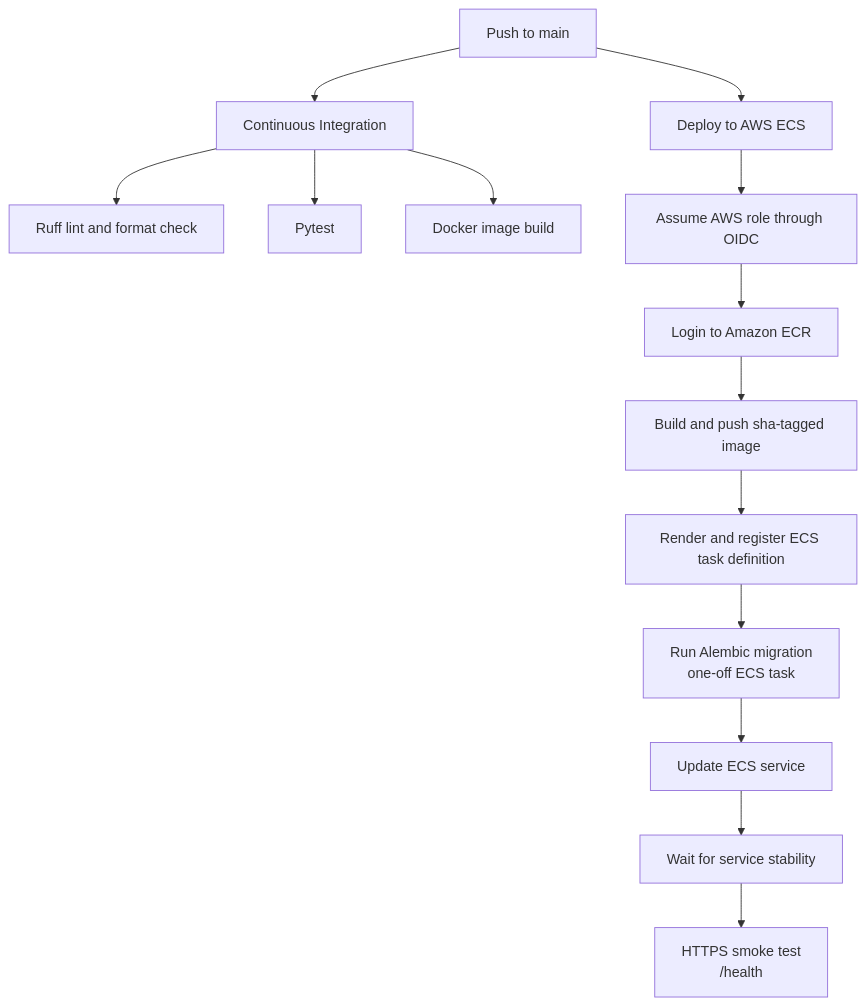
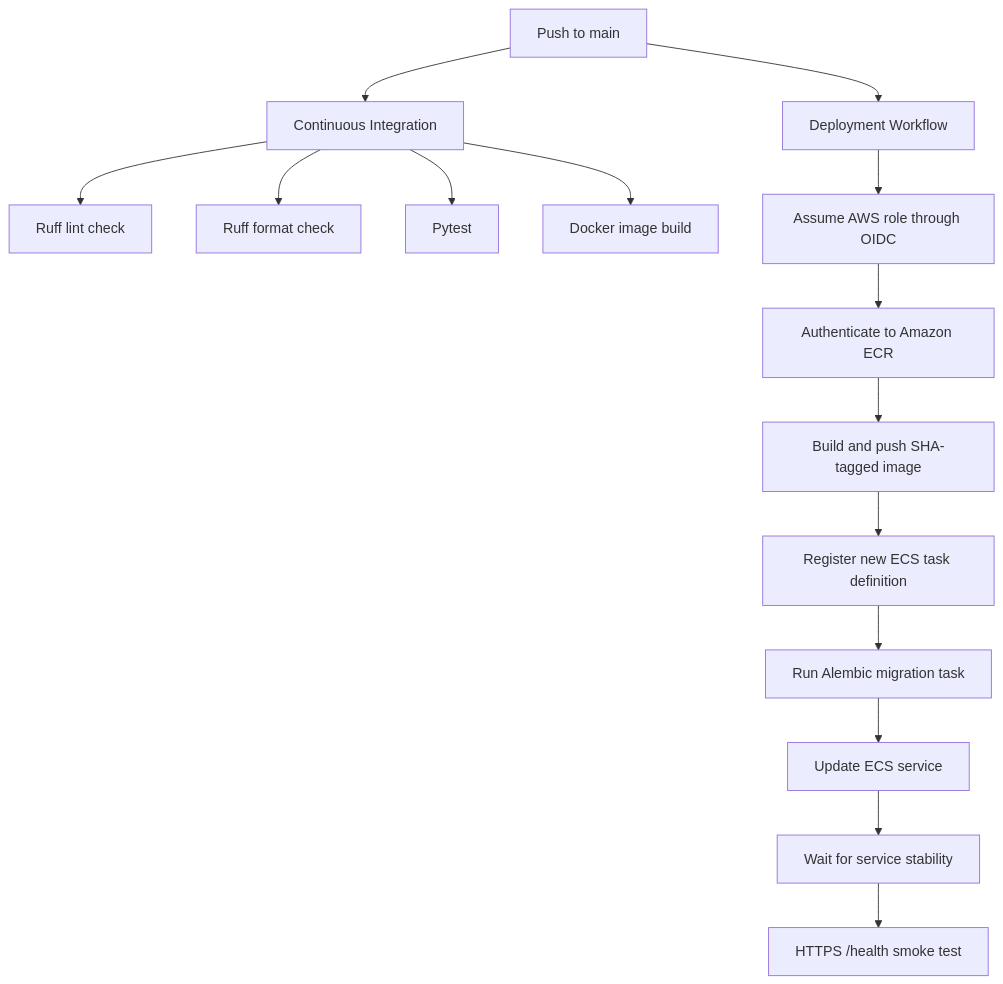
One commit to ridhampansara27/aws-ecs-terraform-task-manager changed the third of 3 diagrams in README.md. Above: the diagram before and after it, drawn with Mermaid. The commit also changed other lines of this file and 1 other file, not shown here.

````diff
--- a/README.md
+++ b/README.md
@@ -163,17 +162,18 @@
 ```mermaid
 flowchart TD
     push["Push to main"] --> ci["Continuous Integration"]
-    ci --> lint["Ruff lint and format check"]
-    ci --> test["Pytest"]
-    ci --> dockerbuild["Docker image build"]
+    ci --> lint["Ruff lint check"]
+    ci --> format["Ruff format check"]
+    ci --> tests["Pytest"]
+    ci --> dockercheck["Docker image build"]
 
-    push --> cd["Deploy to AWS ECS"]
-    cd --> oidc["Assume AWS role through OIDC"]
-    oidc --> login["Login to Amazon ECR"]
-    login --> image["Build and push sha-tagged image"]
-    image --> taskdef["Render and register ECS task definition"]
-    taskdef --> migrate["Run Alembic migration<br/>one-off ECS task"]
-    migrate --> deploy["Update ECS service"]
-    deploy --> stable["Wait for service stability"]
-    stable --> smoke["HTTPS smoke test<br/>/health"]
+    push --> deploy["Deployment Workflow"]
+    deploy --> oidc["Assume AWS role through OIDC"]
+    oidc --> login["Authenticate to Amazon ECR"]
+    login --> image["Build and push SHA-tagged image"]
+    image --> taskdef["Register new ECS task definition"]
+    taskdef --> migration["Run Alembic migration task"]
+    migration --> service["Update ECS service"]
+    service --> stable["Wait for service stability"]
+    stable --> smoke["HTTPS /health smoke test"]
 ```
````
